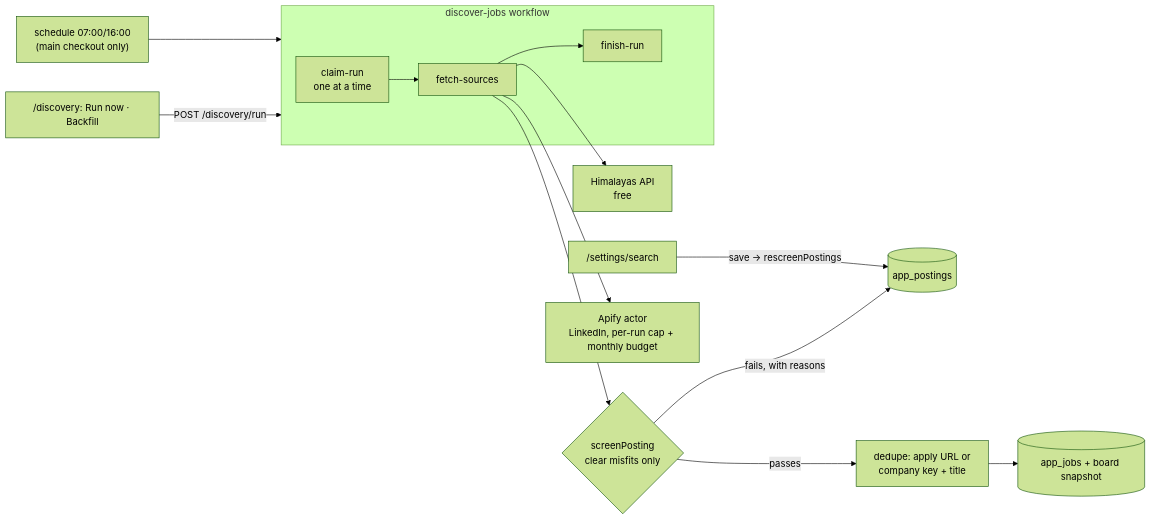
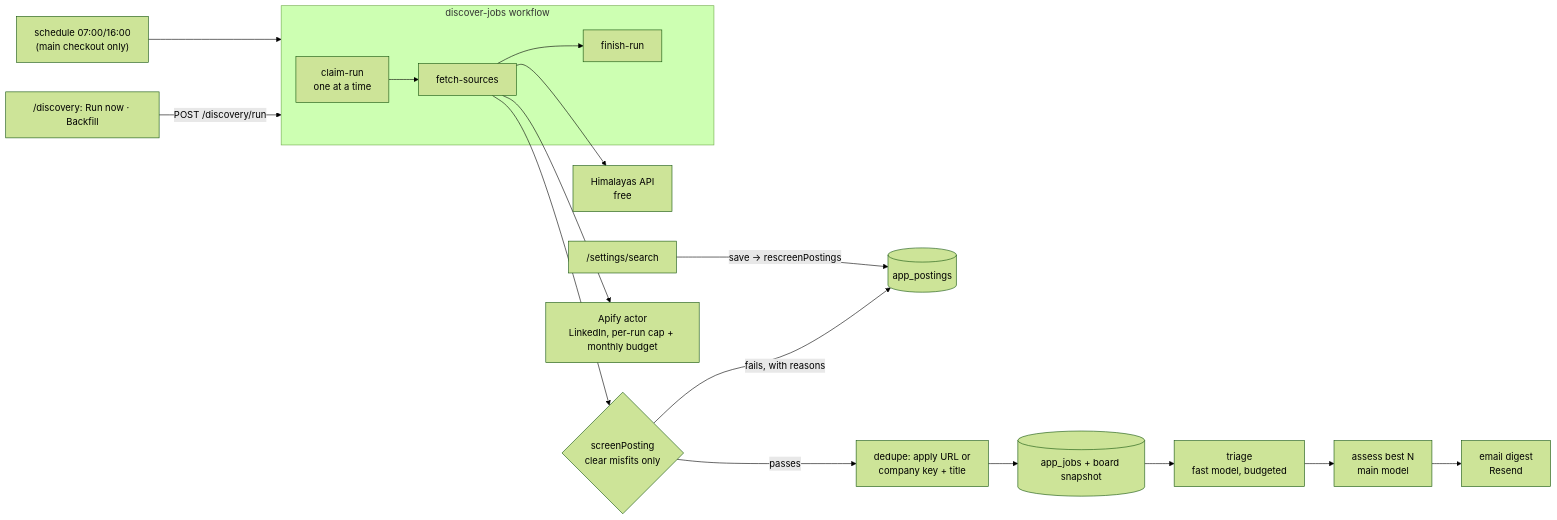
Diagram 11 of 14 in docs/architecture.md (pppdns/job-agent-mastra), drawn with Mermaid (forest theme) before and after one commit. The commit also changed other lines of this file and 6 other files, not shown here.

````diff
--- a/docs/architecture.md
+++ b/docs/architecture.md
@@ -322,14 +322,15 @@
 ```mermaid
 flowchart LR
   CRON["schedule 07:00/16:00<br/>(main checkout only)"] --> WF
   RUN["/discovery: Run now · Backfill"] -->|POST /discovery/run| WF
   subgraph WF[discover-jobs workflow]
     C[claim-run<br/>one at a time] --> F[fetch-sources] --> X[finish-run]
   end
   F --> HIM[Himalayas API<br/>free]
   F --> APIFY[Apify actor<br/>LinkedIn, per-run cap + monthly budget]
   F --> SCR{screenPosting<br/>clear misfits only}
   SCR -->|fails, with reasons| PO[(app_postings)]
   SCR -->|passes| DD[dedupe: apply URL or<br/>company key + title] --> J[(app_jobs + board snapshot)]
+  J --> TRI[triage<br/>fast model, budgeted] --> ASS[assess best N<br/>main model] --> MAIL[email digest<br/>Resend]
   SET["/settings/search"] -->|save → rescreenPostings| PO
 ```
````
